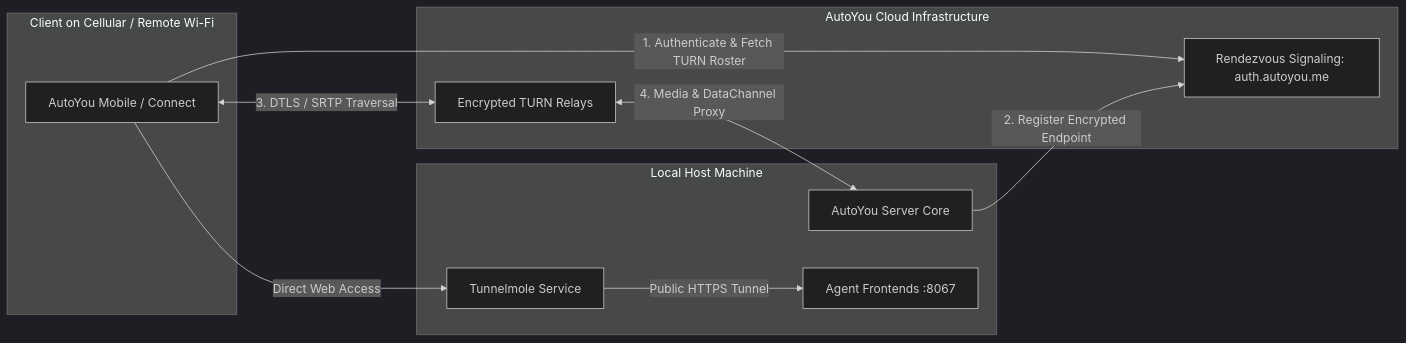
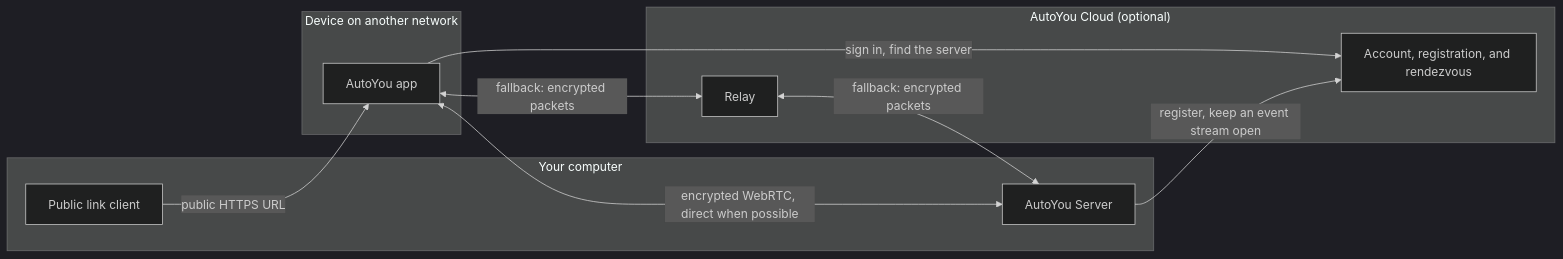
The diagram in docs/architecture/cloud-and-remote.mdx (autoyou-ai/AutoYou-Server), drawn with Mermaid (dark theme) before and after one commit. The commit also changed other lines of this file and 64 other files, not shown here.

````diff
--- a/docs/architecture/cloud-and-remote.mdx
+++ b/docs/architecture/cloud-and-remote.mdx
@@ -14,24 +14,23 @@
 ```mermaid
 graph LR
-    subgraph Client on Cellular / Remote Wi-Fi
-        Client[AutoYou Mobile / Connect]
+    subgraph Remote["Device on another network"]
+        Client[AutoYou app]
     end
 
-    subgraph AutoYou Cloud Infrastructure
-        Rendezvous[Rendezvous Signaling: auth.autoyou.me]
-        TURN[Encrypted TURN Relays]
+    subgraph Cloud["AutoYou Cloud (optional)"]
+        Rendezvous[Account, registration, and rendezvous]
+        Relay[Relay]
     end
 
-    subgraph Local Host Machine
-        Server[AutoYou Server Core]
-        Tunnelmole[Tunnelmole Service]
-        AgentWebsites[Agent Frontends :8067]
+    subgraph Home["Your computer"]
+        Server[AutoYou Server]
+        Tunnel[Public link client]
     end
 
-    Client -->|1. Authenticate & Fetch TURN Roster| Rendezvous
-    Server -->|2. Register Encrypted Endpoint| Rendezvous
-    Client <-->|3. DTLS / SRTP Traversal| TURN
-    TURN <-->|4. Media & DataChannel Proxy| Server
-    Tunnelmole -->|Public HTTPS Tunnel| AgentWebsites
-    Client -->|Direct Web Access| Tunnelmole
+    Client -->|sign in, find the server| Rendezvous
+    Server -->|register, keep an event stream open| Rendezvous
+    Client <-->|encrypted WebRTC, direct when possible| Server
+    Client <-->|fallback: encrypted packets| Relay
+    Relay <-->|fallback: encrypted packets| Server
+    Tunnel -->|public HTTPS URL| Client
 ```
````
